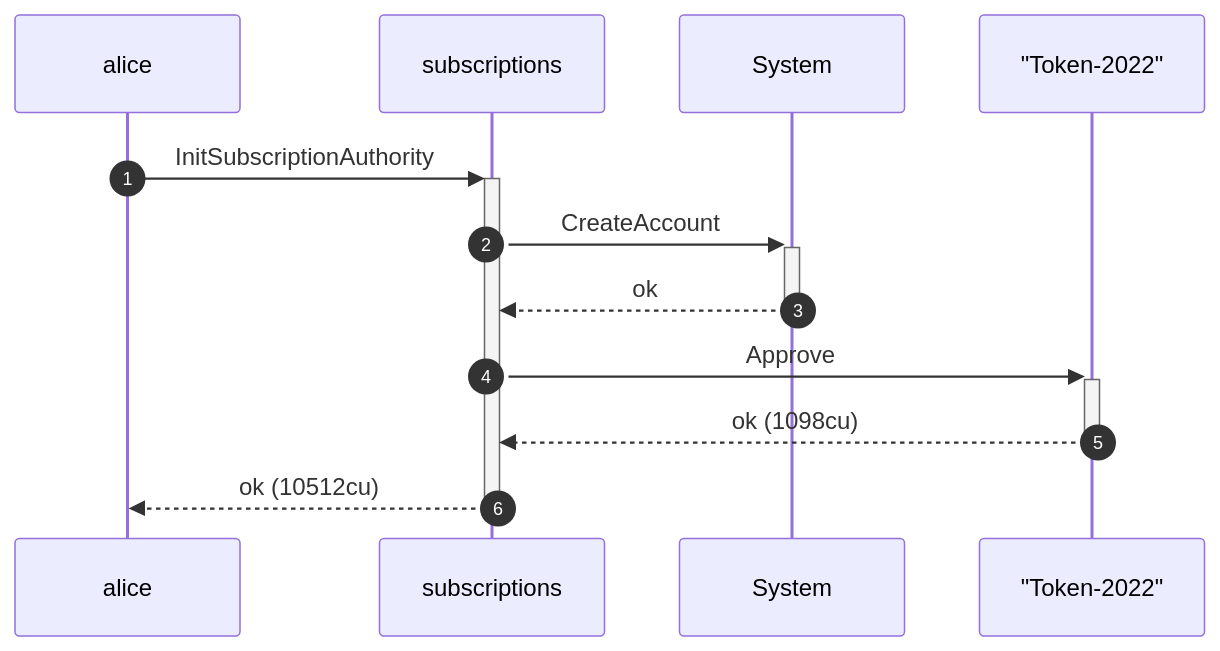
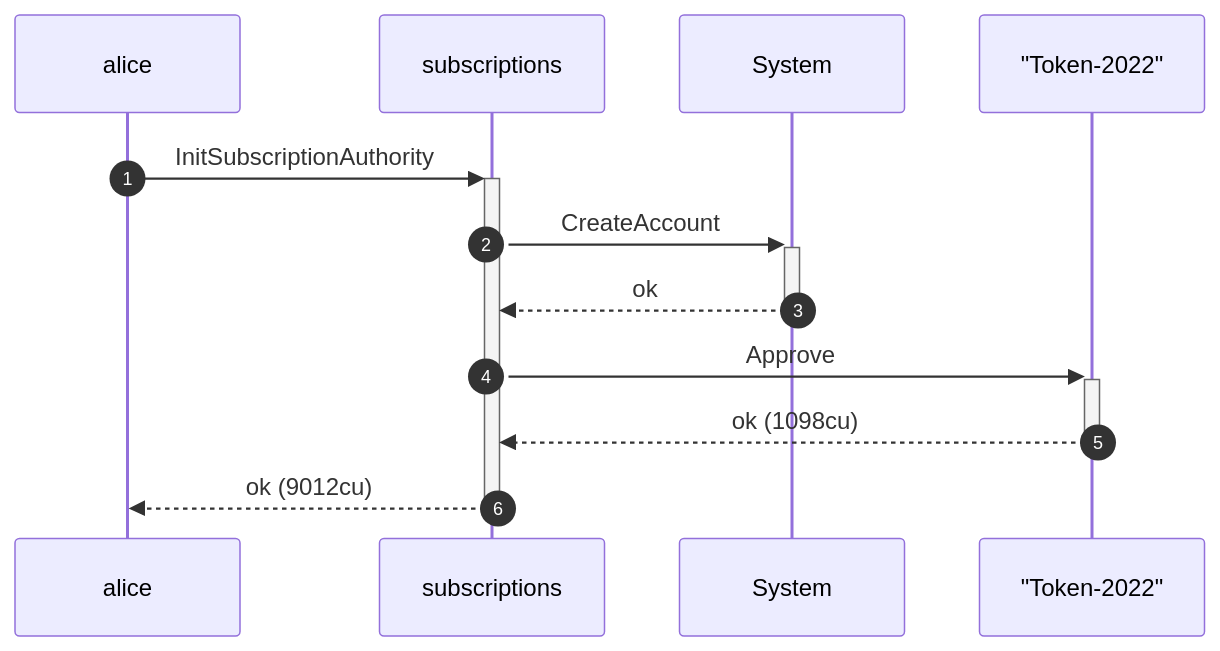
Before and after one commit to cds-rs/subscriptions: the second of 4 diagrams in dsl_tests/initialize-over-a-token-2022-mint---pausable--.md, drawn with Mermaid. The commit also changed other lines of this file and 224 other files, not shown here.

````diff
--- a/dsl_tests/initialize-over-a-token-2022-mint---pausable--.md
+++ b/dsl_tests/initialize-over-a-token-2022-mint---pausable--.md
@@ -38,14 +39,14 @@
 ```mermaid
 sequenceDiagram
     autonumber
     participant alice
     participant subscriptions
     participant System
     participant Token_2022 as "Token-2022"
     alice ->>+ subscriptions: InitSubscriptionAuthority
     subscriptions ->>+ System: CreateAccount
     System -->>- subscriptions: ok
     subscriptions ->>+ Token_2022: Approve
     Token_2022 -->>- subscriptions: ok (1098cu)
-    subscriptions -->>- alice: ok (10512cu)
+    subscriptions -->>- alice: ok (9012cu)
 ```
````
